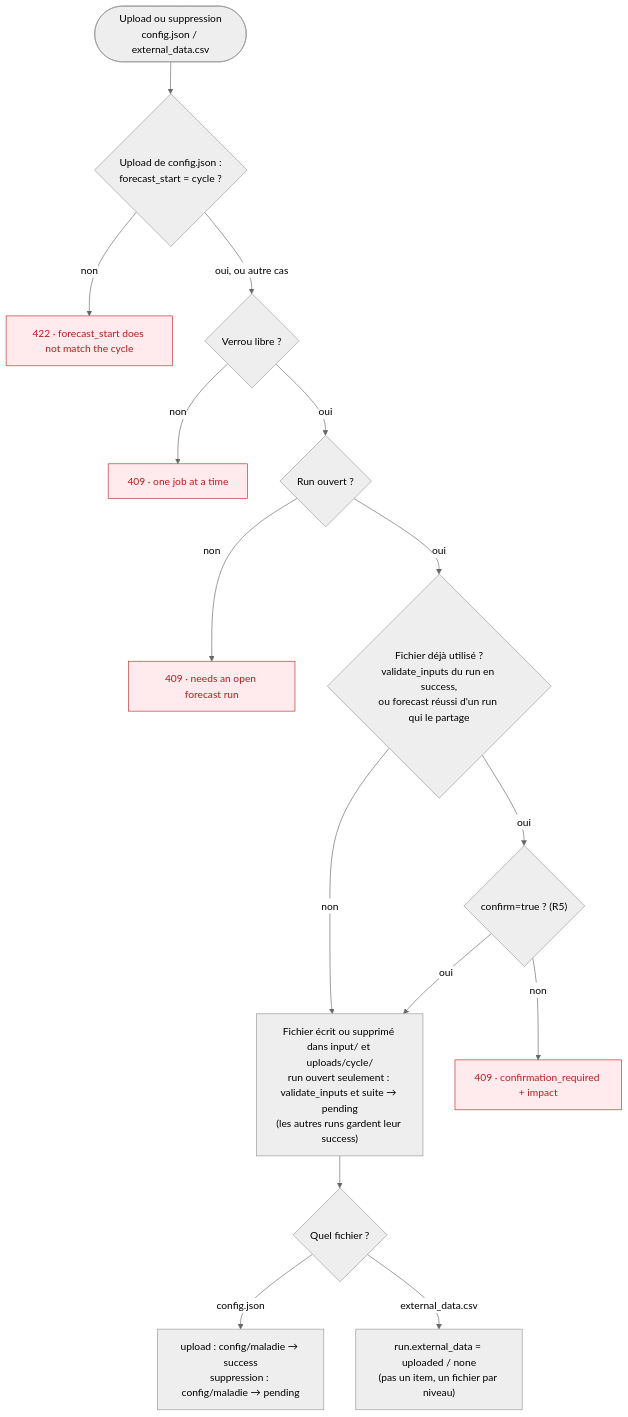
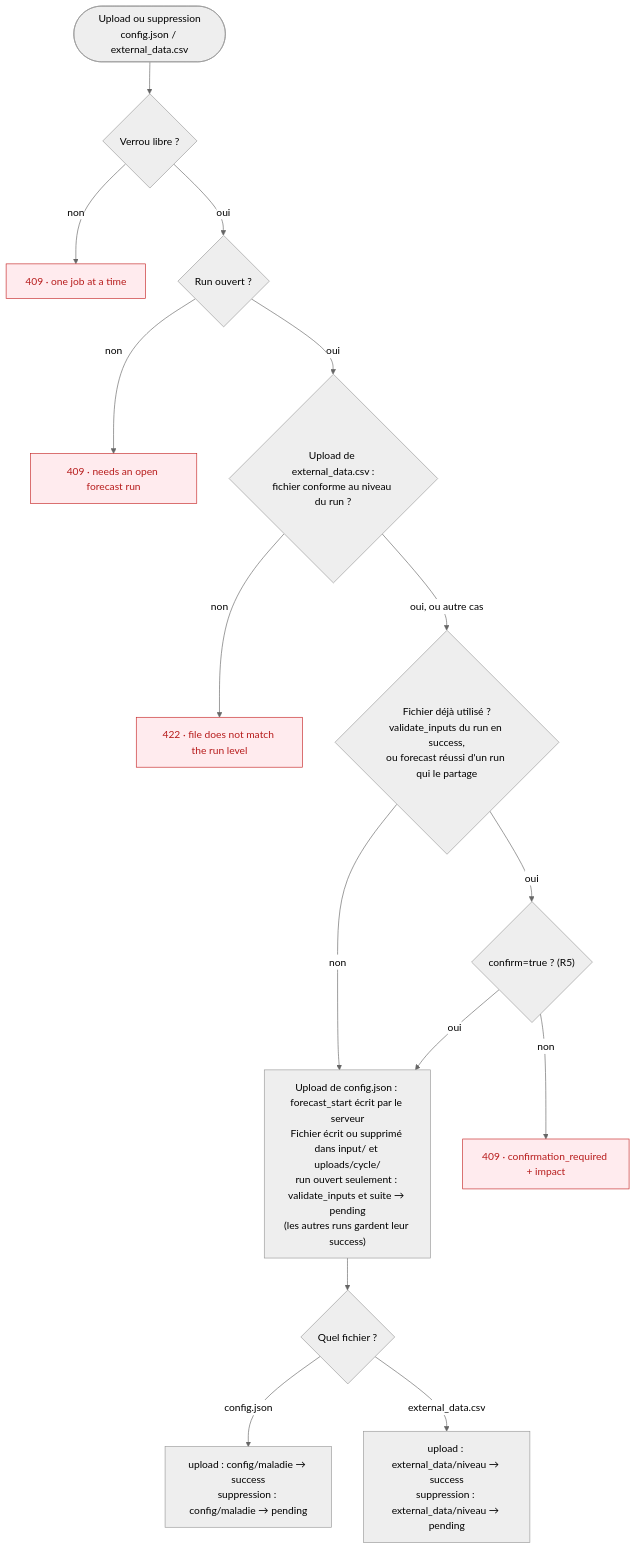
Before and after one commit to Pivot-Madagascar/pridec-docker: the fourth of 8 diagrams in etlhub/docs/pipeline-checkpoints-diagrams.md, drawn with Mermaid (neutral theme). The commit also changed other lines of this file and 6 other files, not shown here.

````diff
--- a/etlhub/docs/pipeline-checkpoints-diagrams.md
+++ b/etlhub/docs/pipeline-checkpoints-diagrams.md
@@ -236,21 +240,21 @@
 ```mermaid
 flowchart TD
-    A(["Upload ou suppression<br/>config.json / external_data.csv"]) --> FS{"Upload de config.json :<br/>forecast_start = cycle ?"}
-    FS -- non --> E0["422 · forecast_start does not match the cycle"]
-    FS -- "oui, ou autre cas" --> L{"Verrou libre ?"}
+    A(["Upload ou suppression<br/>config.json / external_data.csv"]) --> L{"Verrou libre ?"}
     L -- non --> E1["409 · one job at a time"]
     L -- oui --> R{"Run ouvert ?"}
     R -- non --> E2["409 · needs an open forecast run"]
-    R -- oui --> V{"Fichier déjà utilisé ?<br/>validate_inputs du run en success,<br/>ou forecast réussi d'un run qui le partage"}
+    R -- oui --> LV{"Upload de external_data.csv :<br/>fichier conforme au niveau du run ?"}
+    LV -- non --> E0["422 · file does not match the run level"]
+    LV -- "oui, ou autre cas" --> V{"Fichier déjà utilisé ?<br/>validate_inputs du run en success,<br/>ou forecast réussi d'un run qui le partage"}
     V -- non --> OK
     V -- oui --> CF{"confirm=true ? (R5)"}
     CF -- non --> E3["409 · confirmation_required + impact"]
     CF -- oui --> OK
-    OK["Fichier écrit ou supprimé dans input/ et uploads/cycle/<br/>run ouvert seulement : validate_inputs et suite → pending<br/>(les autres runs gardent leur success)"]
+    OK["Upload de config.json : forecast_start écrit par le serveur<br/>Fichier écrit ou supprimé dans input/ et uploads/cycle/<br/>run ouvert seulement : validate_inputs et suite → pending<br/>(les autres runs gardent leur success)"]
     OK --> K{"Quel fichier ?"}
     K -- config.json --> K1["upload : config/maladie → success<br/>suppression : config/maladie → pending"]
-    K -- external_data.csv --> K2["run.external_data = uploaded / none<br/>(pas un item, un fichier par niveau)"]
+    K -- external_data.csv --> K2["upload : external_data/niveau → success<br/>suppression : external_data/niveau → pending"]
 
     classDef refuse fill:#ffebee,stroke:#c62828,color:#b71c1c
     class E0,E1,E2,E3 refuse
 ```
````
